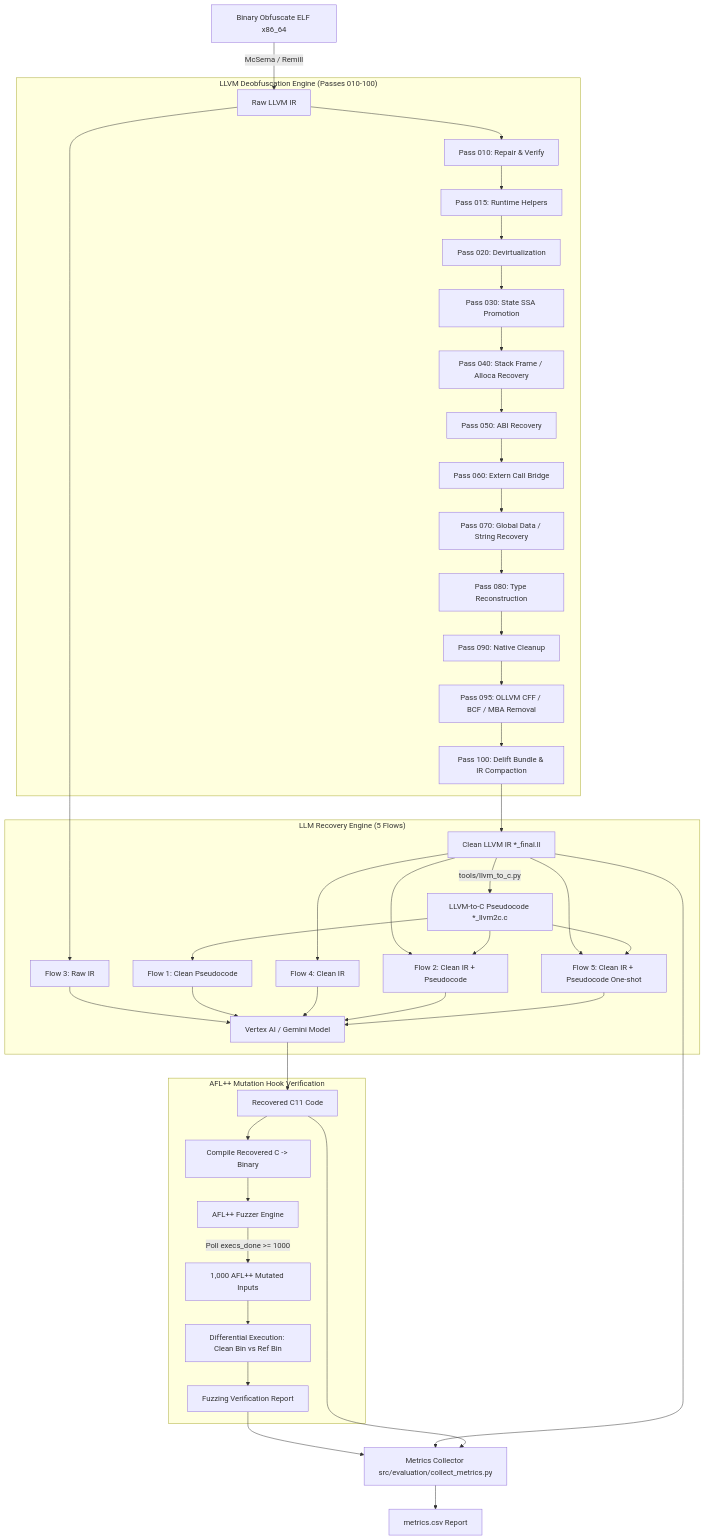
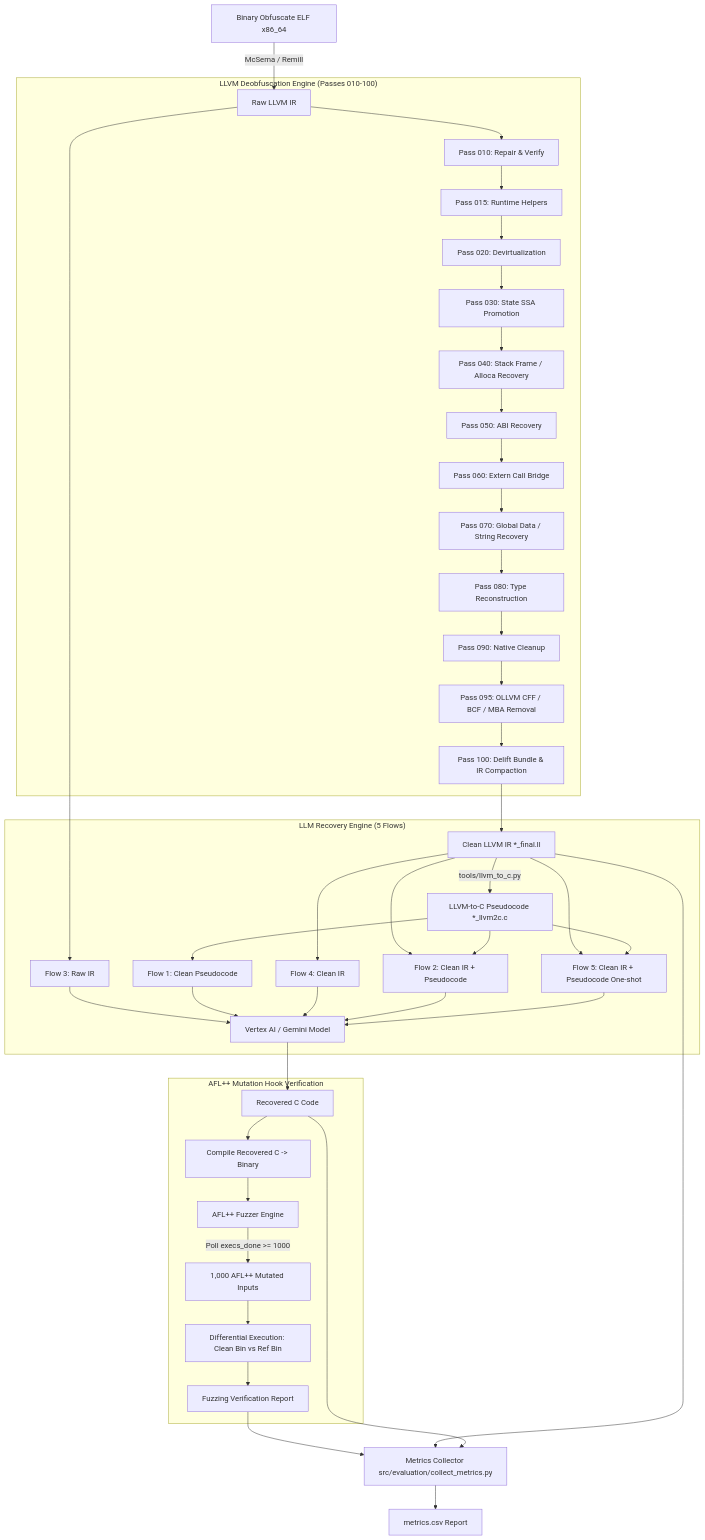
Before and after one commit to dungkkk7/capstone_project: the diagram in README.md, drawn with Mermaid. The commit also changed other lines of this file and 108 other files, not shown here.

````diff
--- a/README.md
+++ b/README.md
@@ -37,45 +37,45 @@
 ```mermaid
 flowchart TD
     A[Binary Obfuscate ELF x86_64] -->|McSema / Remill| B[Raw LLVM IR]
     
     subgraph Deobfuscation_Engine ["LLVM Deobfuscation Engine (Passes 010-100)"]
         B --> P10[Pass 010: Repair & Verify]
         P10 --> P15[Pass 015: Runtime Helpers]
         P15 --> P20[Pass 020: Devirtualization]
         P20 --> P30[Pass 030: State SSA Promotion]
         P30 --> P40[Pass 040: Stack Frame / Alloca Recovery]
         P40 --> P50[Pass 050: ABI Recovery]
         P50 --> P60[Pass 060: Extern Call Bridge]
         P60 --> P70[Pass 070: Global Data / String Recovery]
         P70 --> P80[Pass 080: Type Reconstruction]
         P80 --> P90[Pass 090: Native Cleanup]
         P90 --> P95[Pass 095: OLLVM CFF / BCF / MBA Removal]
         P95 --> P100[Pass 100: Delift Bundle & IR Compaction]
     end
 
     P100 --> C[Clean LLVM IR *_final.ll]
     C -->|tools/llvm_to_c.py| D[LLVM-to-C Pseudocode *_llvm2c.c]
 
     subgraph LLM_Recovery_Engine ["LLM Recovery Engine (5 Flows)"]
         C --> Mode3[Flow 4: Clean IR]
         D --> Mode2[Flow 1: Clean Pseudocode]
         B --> Mode1[Flow 3: Raw IR]
         C & D --> Mode4[Flow 2: Clean IR + Pseudocode]
         C & D --> Mode5[Flow 5: Clean IR + Pseudocode One-shot]
         
         Mode1 & Mode2 & Mode3 & Mode4 & Mode5 --> LLM[Vertex AI / Gemini Model]
     end
 
-    LLM --> E[Recovered C11 Code]
+    LLM --> E[Recovered C Code]
 
     subgraph Verification_Engine ["AFL++ Mutation Hook Verification"]
         E --> Comp[Compile Recovered C -> Binary]
         Comp --> AFL[AFL++ Fuzzer Engine]
         AFL -->|Poll execs_done >= 1000| Inputs[1,000 AFL++ Mutated Inputs]
         Inputs --> DiffExec[Differential Execution: Clean Bin vs Ref Bin]
         DiffExec --> FuzzReport[Fuzzing Verification Report]
     end
 
     FuzzReport & C & E --> Eval[Metrics Collector src/evaluation/collect_metrics.py]
     Eval --> CSV[metrics.csv Report]
 ```
````
